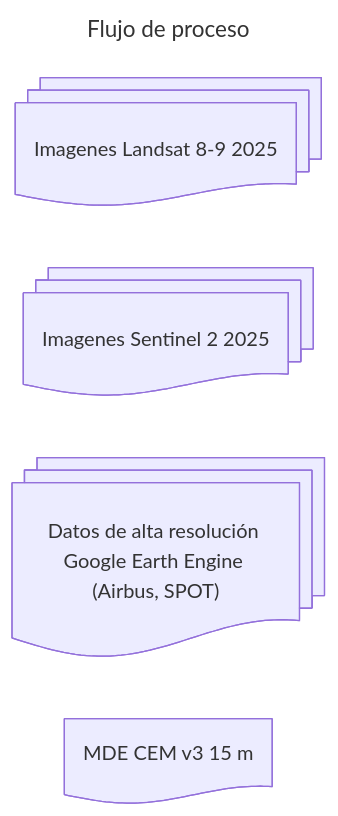
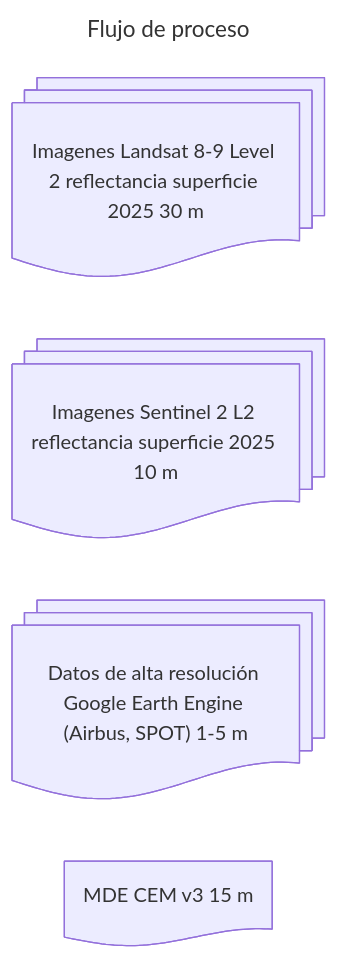
The diagram in LULC/Tapalpa_flujo_de_proceso.mermaid (vshalisko/mixed_GIS_related_scripts), drawn with Mermaid before and after one commit.

```diff
--- a/LULC/Tapalpa_flujo_de_proceso.mermaid
+++ b/LULC/Tapalpa_flujo_de_proceso.mermaid
@@ -1,8 +1,8 @@
 ---
 title: Flujo de proceso
 ---
 flowchart LR
-    L8@{ shape: docs, label: "Imagenes Landsat 8-9 2025"}
-    S2@{ shape: docs, label: "Imagenes Sentinel 2 2025"}
-    HR@{ shape: docs, label: "Datos de alta resolución Google Earth Engine (Airbus, SPOT)"}
+    L8@{ shape: docs, label: "Imagenes Landsat 8-9 Level 2 reflectancia superficie 2025 30 m"}
+    S2@{ shape: docs, label: "Imagenes Sentinel 2 L2 reflectancia superficie 2025 10 m"}
+    HR@{ shape: docs, label: "Datos de alta resolución Google Earth Engine (Airbus, SPOT) 1-5 m"}
     MDE@{ shape: doc, label: "MDE CEM v3 15 m"}
```
